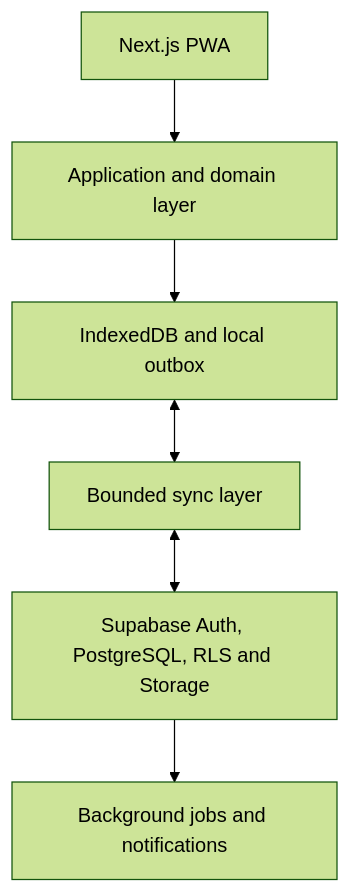
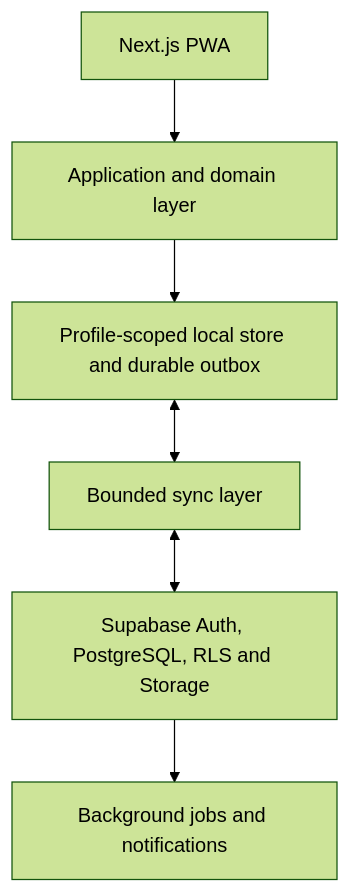
The first of 2 diagrams in docs/CLOUD_IDENTITY_AND_COLLABORATION_ARCHITECTURE.md (timmihendrix1/curling-release-tracker), drawn with Mermaid (forest theme) before and after one commit. The commit also changed other lines of this file and 29 other files, not shown here.

````diff
--- a/docs/CLOUD_IDENTITY_AND_COLLABORATION_ARCHITECTURE.md
+++ b/docs/CLOUD_IDENTITY_AND_COLLABORATION_ARCHITECTURE.md
@@ -236,8 +301,8 @@
 ```mermaid
 flowchart TD
     UI["Next.js PWA"] --> APP["Application and domain layer"]
-    APP --> LOCAL["IndexedDB and local outbox"]
+    APP --> LOCAL["Profile-scoped local store and durable outbox"]
     LOCAL <--> SYNC["Bounded sync layer"]
     SYNC <--> CLOUD["Supabase Auth, PostgreSQL, RLS and Storage"]
     CLOUD --> JOBS["Background jobs and notifications"]
 ```
````
